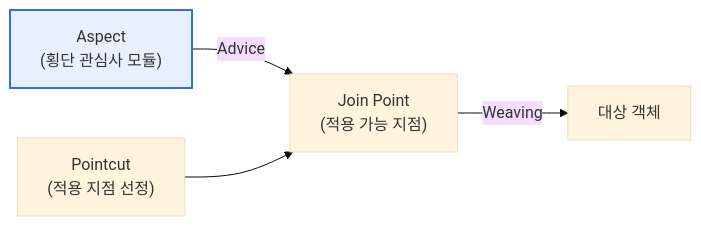
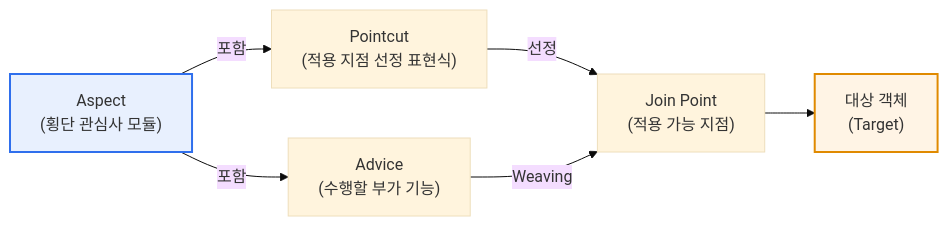
One commit to coninggu/wjdqhrhksflrltnftk changed the first of 2 diagrams in content/aop.md. Above: the diagram before and after it, drawn with Mermaid (base theme). The commit also changed other lines of this file and 3 other files, not shown here.

````diff
--- a/content/aop.md
+++ b/content/aop.md
@@ -15,7 +24,10 @@
 ```mermaid
 flowchart LR
-  A["Aspect<br/>(횡단 관심사 모듈)"] -->|Advice| J["Join Point<br/>(적용 가능 지점)"]
-  P["Pointcut<br/>(적용 지점 선정)"] --> J
-  J -->|Weaving| T[대상 객체]
+  A["Aspect<br/>(횡단 관심사 모듈)"] -->|포함| AD["Advice<br/>(수행할 부가 기능)"]
+  A -->|포함| PC["Pointcut<br/>(적용 지점 선정 표현식)"]
+  PC -->|선정| J["Join Point<br/>(적용 가능 지점)"]
+  AD -->|Weaving| J
+  J --> T["대상 객체<br/>(Target)"]
   style A fill:#e8f0fe,stroke:#2f6fed,stroke-width:2px
+  style T fill:#fff4e5,stroke:#e08a00,stroke-width:2px
 ```
````
